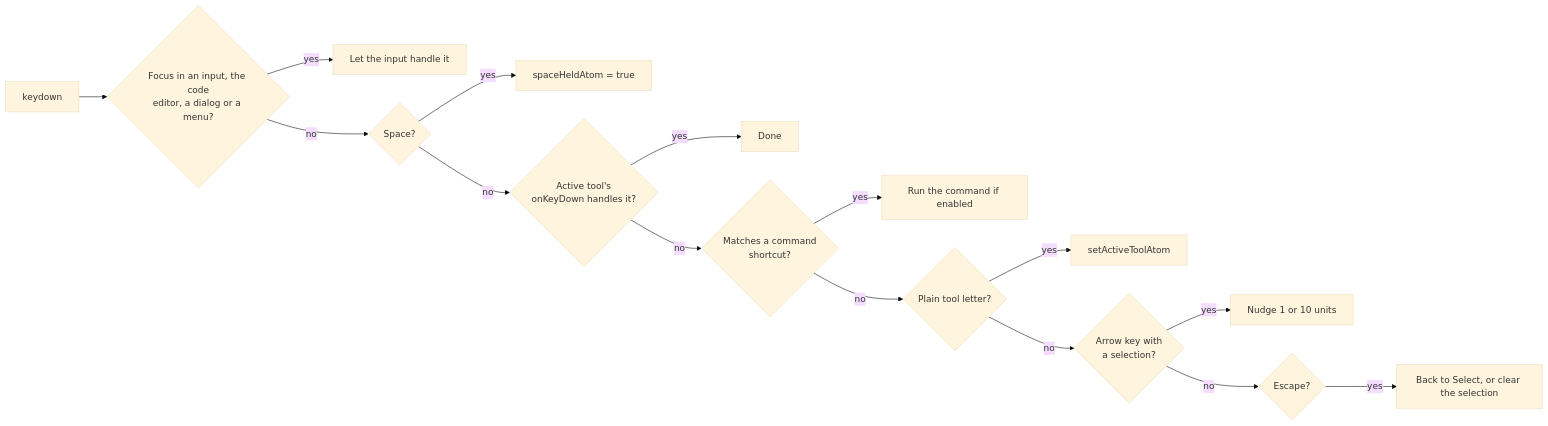
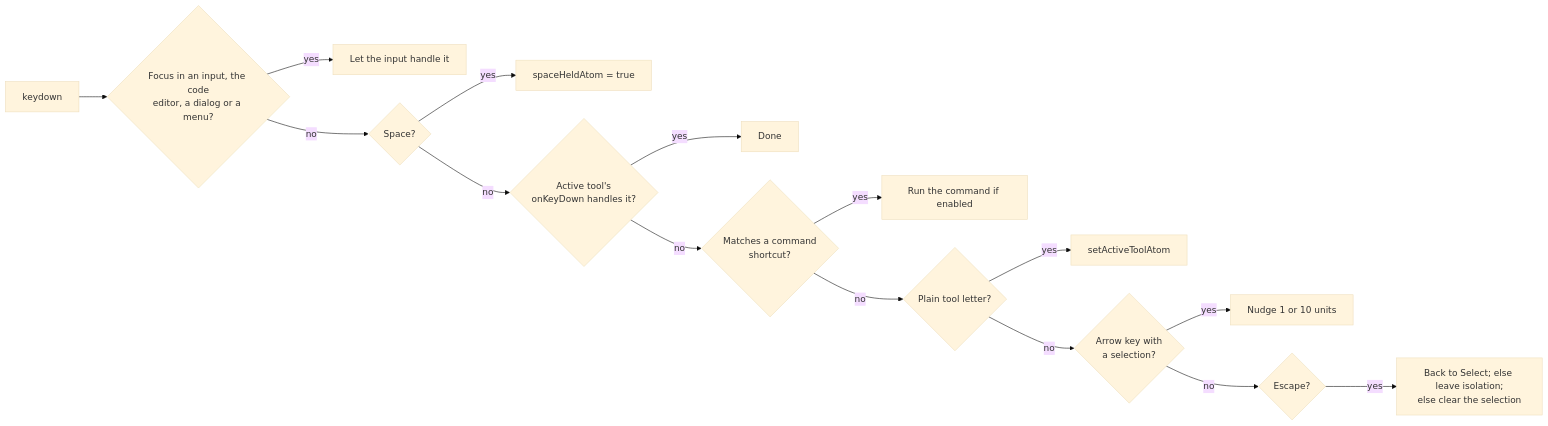
Before and after one commit to maxzz/svg-led: the fifth of 8 diagrams in README.md, drawn with Mermaid (base theme). The commit also changed other lines of this file and 2 other files, not shown here.

````diff
--- a/README.md
+++ b/README.md
@@ -495,17 +528,17 @@
 ```mermaid
 flowchart LR
     key[keydown] --> editable{Focus in an input, the code<br/>editor, a dialog or a menu?}
     editable -- yes --> skip[Let the input handle it]
     editable -- no --> space{Space?}
     space -- yes --> hold[spaceHeldAtom = true]
     space -- no --> toolKey{"Active tool's<br/>onKeyDown handles it?"}
     toolKey -- yes --> done[Done]
     toolKey -- no --> cmd{Matches a command<br/>shortcut?}
     cmd -- yes --> run["Run the command if enabled"]
     cmd -- no --> letter{Plain tool letter?}
     letter -- yes --> switch[setActiveToolAtom]
     letter -- no --> arrows{Arrow key with<br/>a selection?}
     arrows -- yes --> nudge[Nudge 1 or 10 units]
     arrows -- no --> esc{Escape?}
-    esc -- yes --> back[Back to Select, or clear the selection]
+    esc -- yes --> back["Back to Select; else leave isolation;<br/>else clear the selection"]
 ```
````
